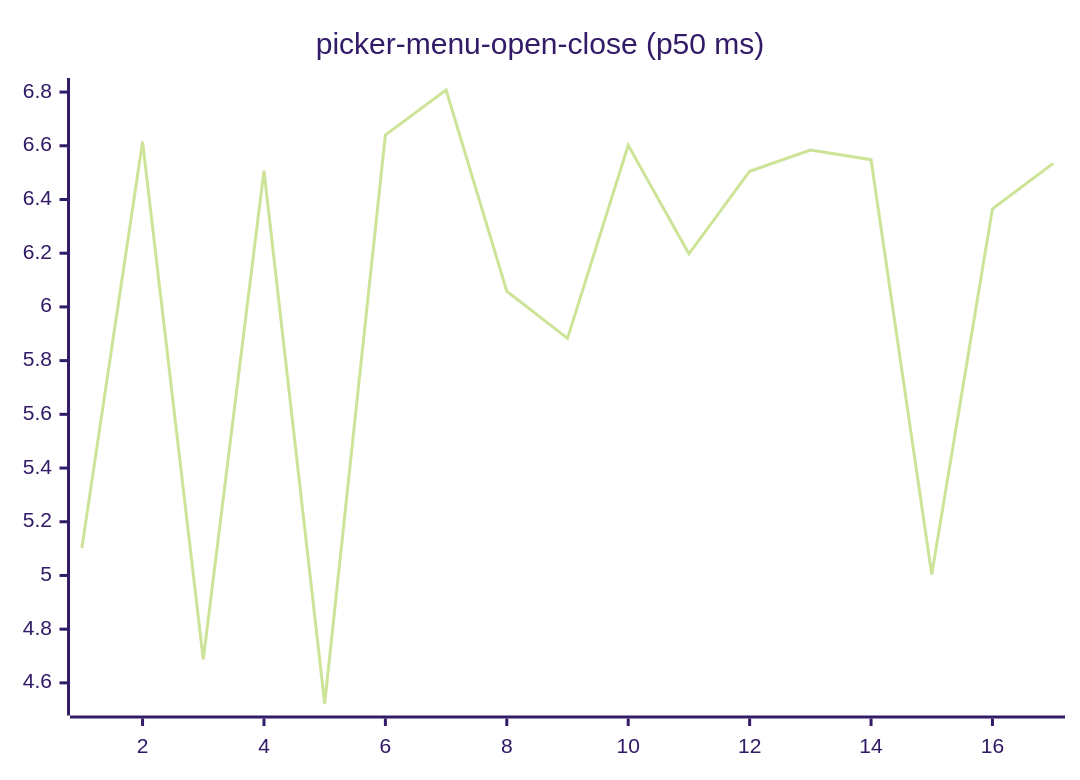
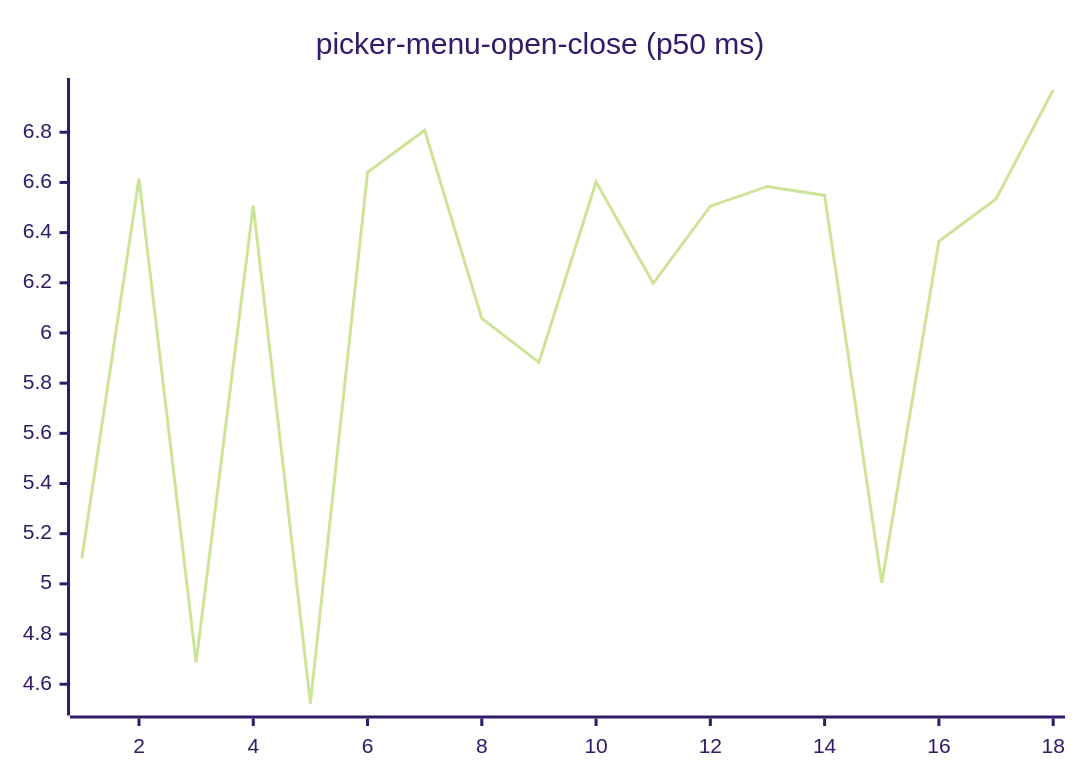
Before and after one commit to josha/Facet: diagram 16 of 27 in README.md, drawn with Mermaid (forest theme). The commit also changed other lines of this file and 2 other files, not shown here.

````diff
--- a/README.md
+++ b/README.md
@@ -168,6 +168,6 @@
 ```mermaid
 xychart-beta
     title "picker-menu-open-close (p50 ms)"
-    x-axis 1 --> 17
-    line [5.1020, 6.6154, 4.6873, 6.5076, 4.5232, 6.6400, 6.8077, 6.0581, 5.8829, 6.6018, 6.1978, 6.5053, 6.5840, 6.5483, 5.0039, 6.3653, 6.5343]
+    x-axis 1 --> 18
+    line [5.1020, 6.6154, 4.6873, 6.5076, 4.5232, 6.6400, 6.8077, 6.0581, 5.8829, 6.6018, 6.1978, 6.5053, 6.5840, 6.5483, 5.0039, 6.3653, 6.5343, 6.9684]
 ```
````
